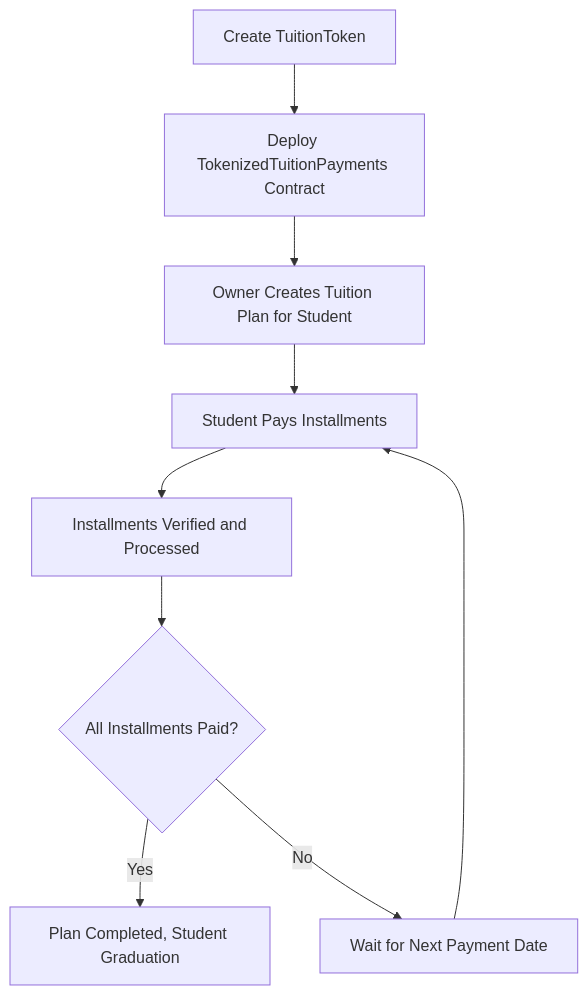
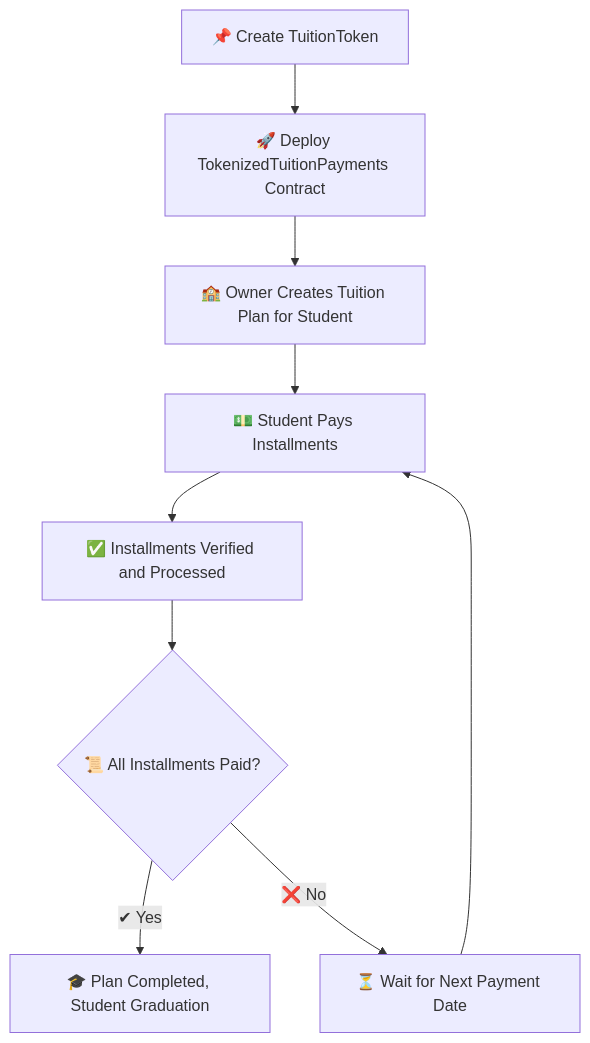
One commit to machinelearningprodigy/Tution-Token-System changed the diagram in readme.md. Above: the diagram before and after it, drawn with Mermaid. The commit also changed other lines of this file, not shown here.

````diff
--- a/readme.md
+++ b/readme.md
@@ -7,11 +7,11 @@
 ```mermaid
 flowchart TD
-    A[Create TuitionToken] --> B[Deploy TokenizedTuitionPayments Contract]
-    B --> C[Owner Creates Tuition Plan for Student]
-    C --> D[Student Pays Installments]
-    D --> E[Installments Verified and Processed]
-    E --> F{All Installments Paid?}
-    F -->|Yes| G[Plan Completed, Student Graduation]
-    F -->|No| H[Wait for Next Payment Date]
+    A[📌 Create TuitionToken] --> B[🚀 Deploy TokenizedTuitionPayments Contract]
+    B --> C[🏫 Owner Creates Tuition Plan for Student]
+    C --> D[💵 Student Pays Installments]
+    D --> E[✅ Installments Verified and Processed]
+    E --> F{📜 All Installments Paid?}
+    F -->|✔ Yes| G[🎓 Plan Completed, Student Graduation]
+    F -->|❌ No| H[⏳ Wait for Next Payment Date]
     H --> D
 ```
````
